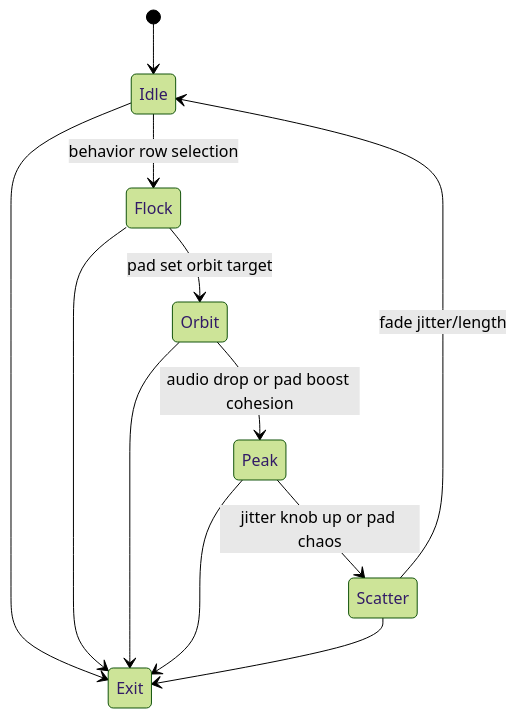
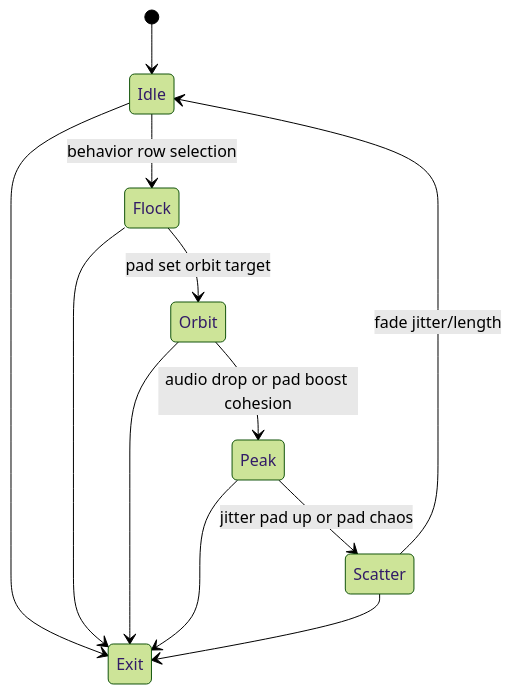
One commit to abossard/synesthesia-visuals changed the third of 15 diagrams in docs/processing-syphon-idea-board.md. Above: the diagram before and after it, drawn with Mermaid (forest theme). The commit also changed other lines of this file and 1 other file, not shown here.

````diff
--- a/docs/processing-syphon-idea-board.md
+++ b/docs/processing-syphon-idea-board.md
@@ -108,14 +111,14 @@
   ```mermaid
   stateDiagram-v2
     [*] --> Idle
     Idle --> Flock : behavior row selection
     Flock --> Orbit : pad set orbit target
     Orbit --> Peak : audio drop or pad boost cohesion
-    Peak --> Scatter : jitter knob up or pad chaos
+    Peak --> Scatter : jitter pad up or pad chaos
     Scatter --> Idle : fade jitter/length
     Idle --> Exit
     Flock --> Exit
     Orbit --> Exit
     Peak --> Exit
     Scatter --> Exit
   ```
````
